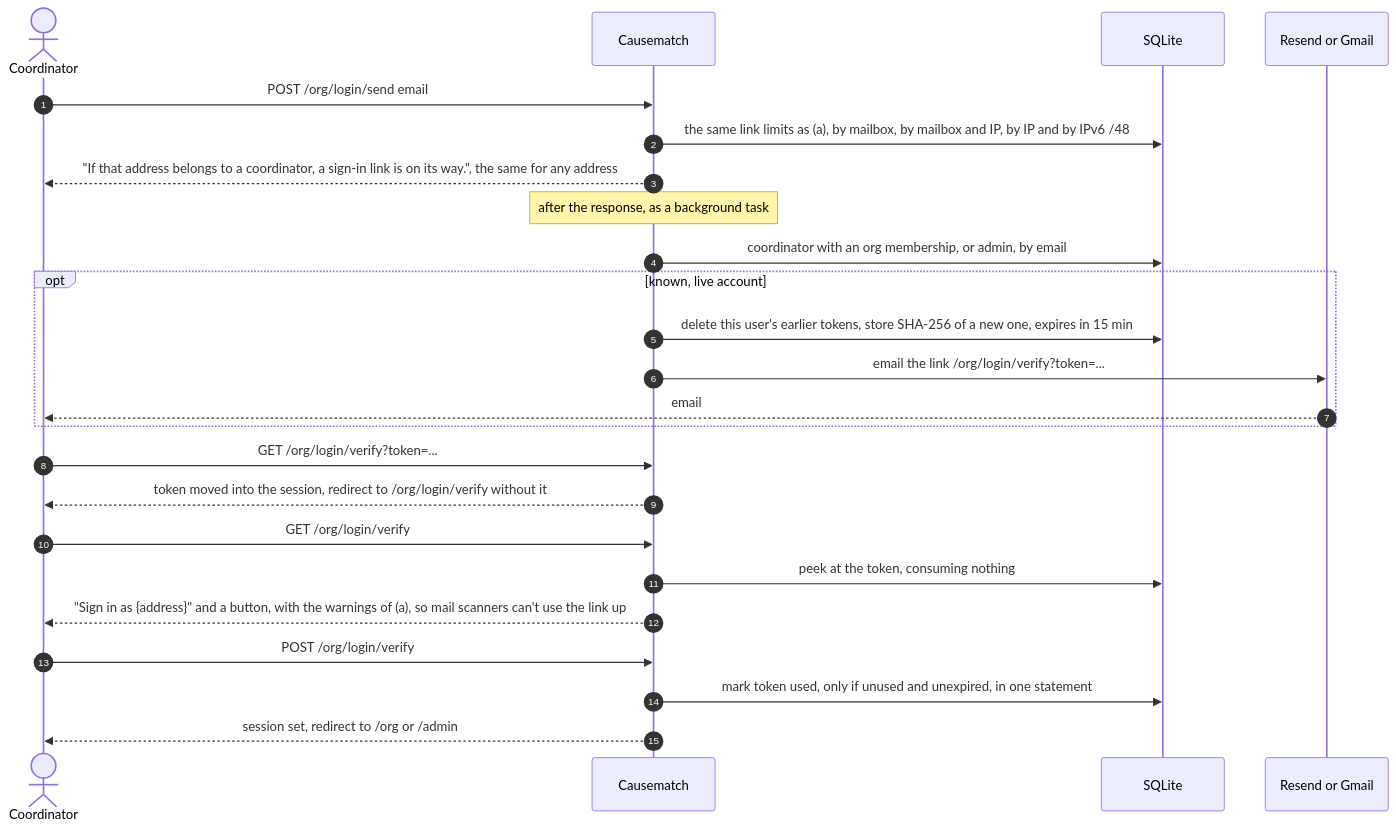
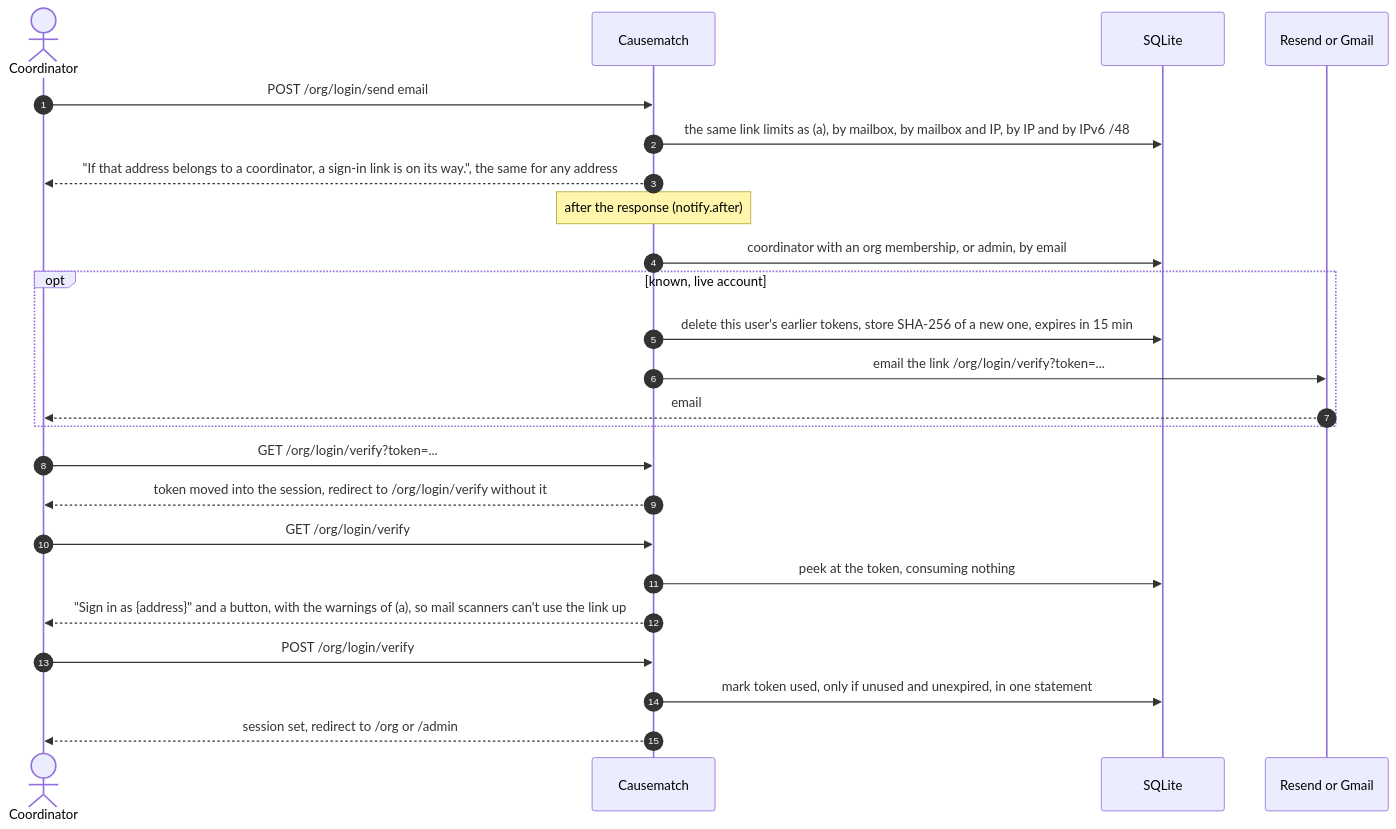
Diagram 16 of 26 in docs/ARCHITECTURE.md (slegroux/causematch), drawn with Mermaid before and after one commit. The commit also changed other lines of this file and 10 other files, not shown here.

First line of the commit message:
Chat notices and sign-in links go out after the response, in bounded threads (#50)

````diff
--- a/docs/ARCHITECTURE.md
+++ b/docs/ARCHITECTURE.md
@@ -1011,27 +1011,27 @@
 ```mermaid
 sequenceDiagram
     autonumber
     actor C as Coordinator
     participant A as Causematch
     participant DB as SQLite
     participant R as Resend or Gmail
 
     C->>A: POST /org/login/send email
     A->>DB: the same link limits as (a), by mailbox, by mailbox and IP, by IP and by IPv6 /48
     A-->>C: "If that address belongs to a coordinator, a sign-in link is on its way.", the same for any address
-    Note over A: after the response, as a background task
+    Note over A: after the response (notify.after)
     A->>DB: coordinator with an org membership, or admin, by email
     opt known, live account
         A->>DB: delete this user's earlier tokens, store SHA-256 of a new one, expires in 15 min
         A->>R: email the link /org/login/verify?token=...
         R-->>C: email
     end
     C->>A: GET /org/login/verify?token=...
     A-->>C: token moved into the session, redirect to /org/login/verify without it
     C->>A: GET /org/login/verify
     A->>DB: peek at the token, consuming nothing
     A-->>C: "Sign in as {address}" and a button, with the warnings of (a), so mail scanners can't use the link up
     C->>A: POST /org/login/verify
     A->>DB: mark token used, only if unused and unexpired, in one statement
     A-->>C: session set, redirect to /org or /admin
 ```
````
